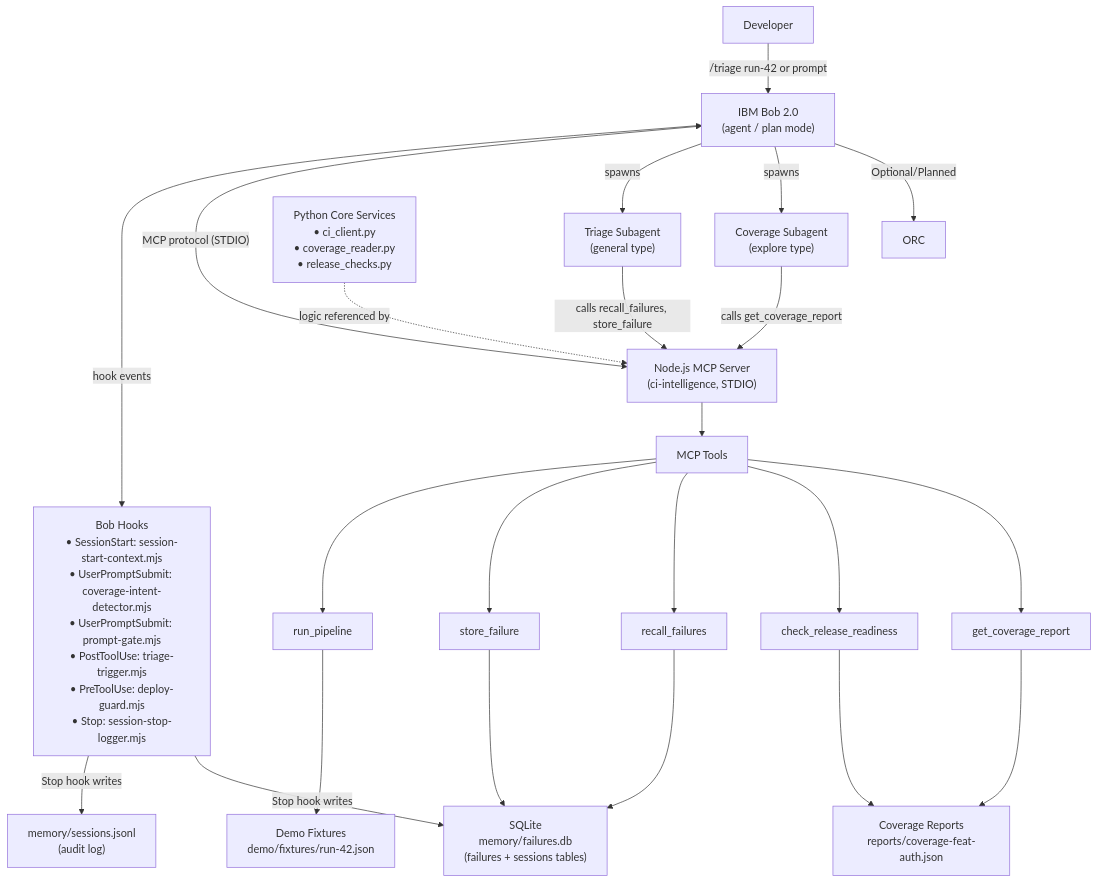
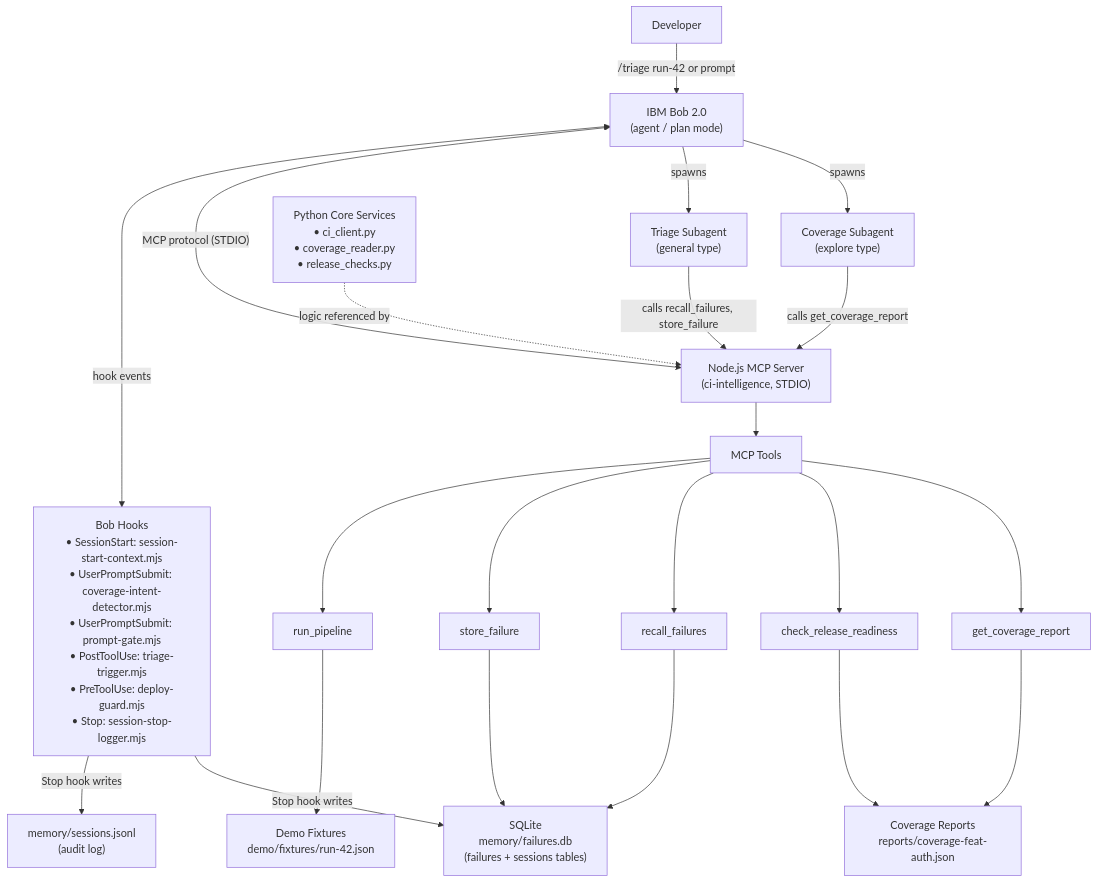
One commit to SiddharthAgr/ibm_hackethon_4play changed the diagram in README.md. Above: the diagram before and after it, drawn with Mermaid.

Commit message:
Removing the optional part

````diff
--- a/README.md
+++ b/README.md
@@ -76,43 +76,42 @@
 ```mermaid
 flowchart TD
     DEV["Developer"]
     BOB["IBM Bob 2.0\n(agent / plan mode)"]
     HOOKS["Bob Hooks\n• SessionStart: session-start-context.mjs\n• UserPromptSubmit: coverage-intent-detector.mjs\n• UserPromptSubmit: prompt-gate.mjs\n• PostToolUse: triage-trigger.mjs\n• PreToolUse: deploy-guard.mjs\n• Stop: session-stop-logger.mjs"]
     MCP["Node.js MCP Server\n(ci-intelligence, STDIO)"]
     TRIAGE["Triage Subagent\n(general type)"]
     COVERAGE["Coverage Subagent\n(explore type)"]
     TOOLS["MCP Tools"]
     RP["run_pipeline"]
     SF["store_failure"]
     RF["recall_failures"]
     CRR["check_release_readiness"]
     GCR["get_coverage_report"]
     PY["Python Core Services\n• ci_client.py\n• coverage_reader.py\n• release_checks.py"]
     DB["SQLite\nmemory/failures.db\n(failures + sessions tables)"]
     FIXTURES["Demo Fixtures\ndemo/fixtures/run-42.json"]
     REPORTS["Coverage Reports\nreports/coverage-feat-auth.json"]
     JSONL["memory/sessions.jsonl\n(audit log)"]
 
     DEV -->|"/triage run-42 or prompt"| BOB
     BOB <-->|"hook events"| HOOKS
     BOB <-->|"MCP protocol (STDIO)"| MCP
     BOB -->|"spawns"| TRIAGE
     BOB -->|"spawns"| COVERAGE
     TRIAGE -->|"calls recall_failures, store_failure"| MCP
     COVERAGE -->|"calls get_coverage_report"| MCP
     MCP --> TOOLS
     TOOLS --> RP
     TOOLS --> SF
     TOOLS --> RF
     TOOLS --> CRR
     TOOLS --> GCR
     RP --> FIXTURES
     GCR --> REPORTS
     CRR --> REPORTS
     SF --> DB
     RF --> DB
     HOOKS -->|"Stop hook writes"| JSONL
     HOOKS -->|"Stop hook writes"| DB
-    BOB -->|"Optional/Planned"| ORC
     PY -.->|"logic referenced by"| MCP
 ```
````
